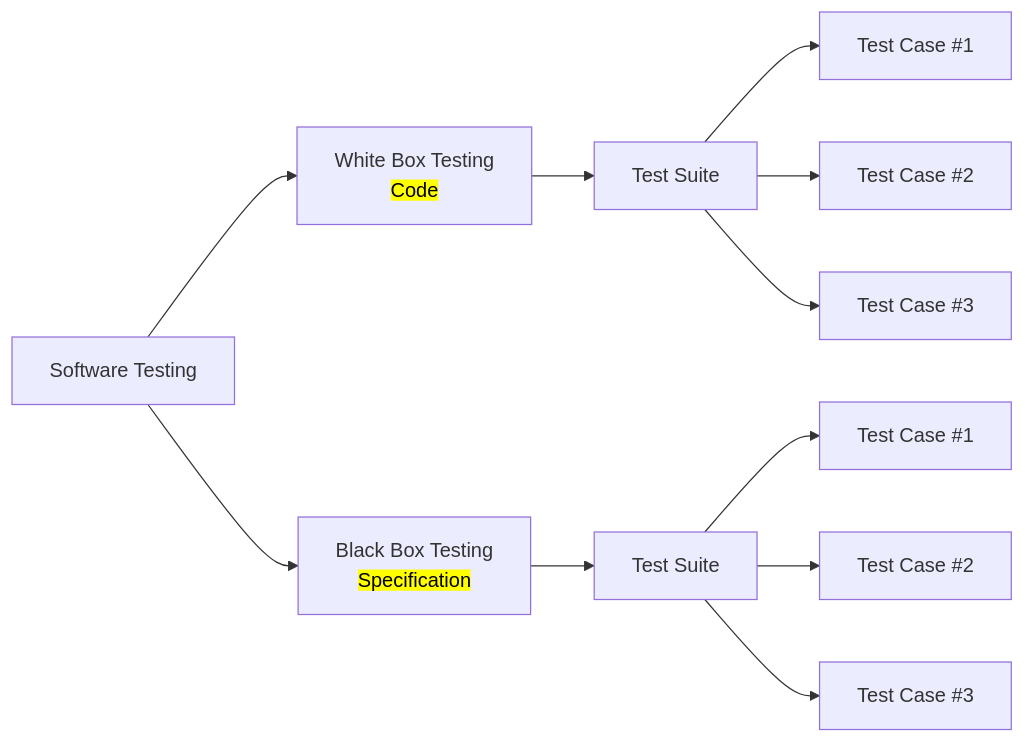
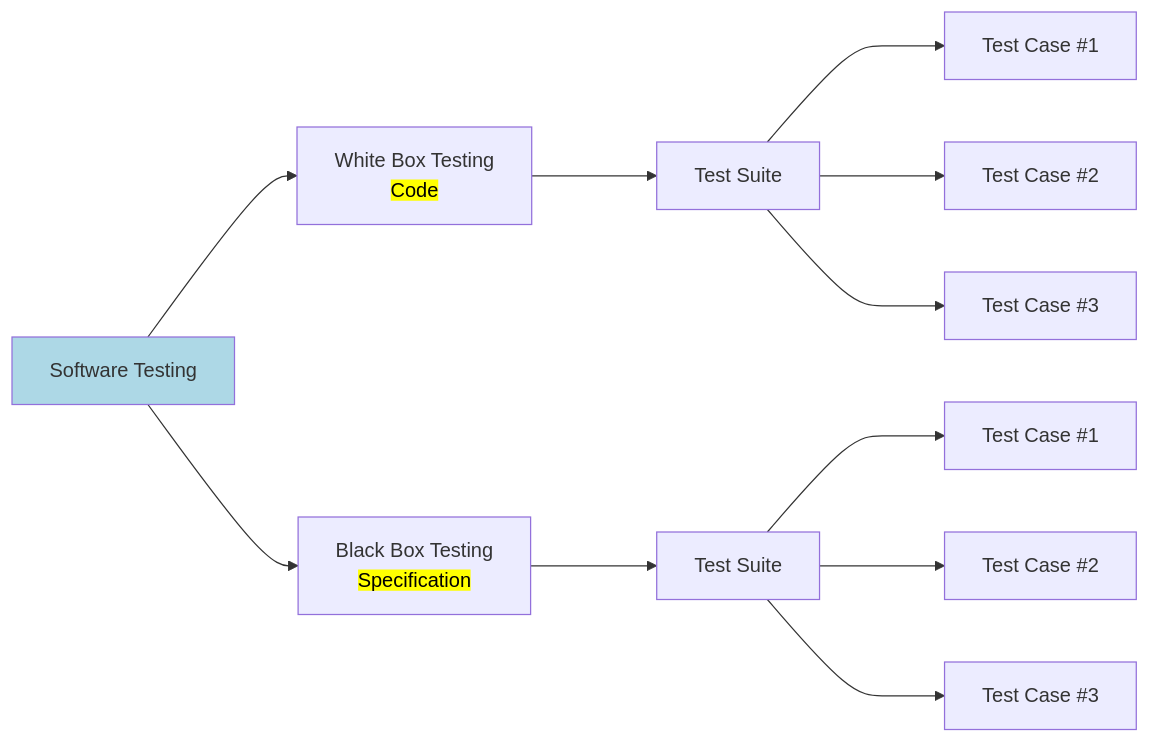
One commit to sd4483/Obsidian changed the second of 2 diagrams in Software Testing/Begin Here.md. Above: the diagram before and after it, drawn with Mermaid.

Commit message:
vault backup: 2023-02-28 23:15:18

````diff
--- a/Software Testing/Begin Here.md
+++ b/Software Testing/Begin Here.md
@@ -13,10 +13,11 @@
 ```mermaid
 flowchart LR
-	SWT[Software Testing] --> WBT[White Box Testing \n <mark>Code</mark>] & BBT[Black Box Testing \n <mark>Specification</mark>]	
+	SWT[Software Testing]:::swt --> WBT[White Box Testing \n <mark>Code</mark>] & BBT[Black Box Testing \n <mark>Specification</mark>]	
 	
-	WBT --> TSW[Test Suite]
-	TSW --> TCW1[Test Case #1] & TCW2[Test Case #2] & TCW3[Test Case #3]
+	WBT ---> TSW[Test Suite]
+	TSW ---> TCW1[Test Case #1] & TCW2[Test Case #2] & TCW3[Test Case #3]
 	
-	BBT --> TSB[Test Suite]
-	TSB --> TCB1[Test Case #1] & TCB2[Test Case #2] & TCB3[Test Case #3]
+	BBT ---> TSB[Test Suite]
+	TSB ---> TCB1[Test Case #1] & TCB2[Test Case #2] & TCB3[Test Case #3]
+	classDef swt fill:#ADD8E6
 ```
````
